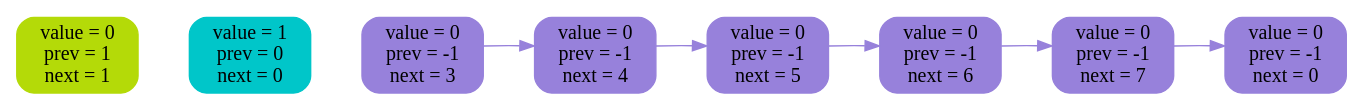
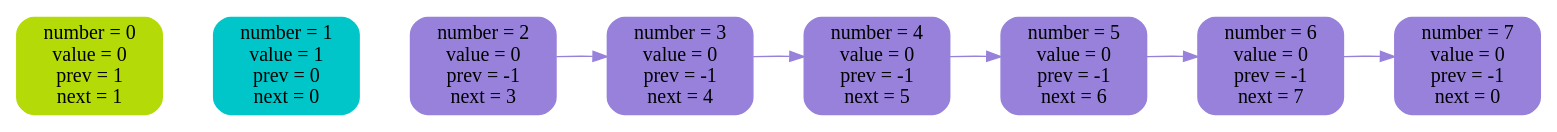
One commit to 2210223t-lang/2-linked-list changed the diagram in list_log/img/2.dot. Above: the diagram before and after it, drawn with Graphviz. The commit also changed 16 other files, not shown here.

```diff
--- a/list_log/img/2.dot
+++ b/list_log/img/2.dot
@@ -1,23 +1,23 @@
 digraph {
 rankdir = LR
-n0 [ label = "value = 0\nprev = 1\nnext = 1", shape = Mrecord, fontsize = 14,style = filled, color = "#b4da08" ]
-n1 [ label = "value = 1\nprev = 0\nnext = 0", shape = Mrecord, fontsize = 14,style = filled, color = "#00c6c9" ]
-n2 [ label = "value = 0\nprev = -1\nnext = 3", shape = Mrecord, fontsize = 14,style = filled, color = "#9781db" ]
-n3 [ label = "value = 0\nprev = -1\nnext = 4", shape = Mrecord, fontsize = 14,style = filled, color = "#9781db" ]
-n4 [ label = "value = 0\nprev = -1\nnext = 5", shape = Mrecord, fontsize = 14,style = filled, color = "#9781db" ]
-n5 [ label = "value = 0\nprev = -1\nnext = 6", shape = Mrecord, fontsize = 14,style = filled, color = "#9781db" ]
-n6 [ label = "value = 0\nprev = -1\nnext = 7", shape = Mrecord, fontsize = 14,style = filled, color = "#9781db" ]
-n7 [ label = "value = 0\nprev = -1\nnext = 0", shape = Mrecord, fontsize = 14,style = filled, color = "#9781db" ]
+n0 [ label = "number = 0\nvalue = 0\nprev = 1\nnext = 1", shape = Mrecord, fontsize = 14,style = filled, color = "#b4da08" ]
+n1 [ label = "number = 1\nvalue = 1\nprev = 0\nnext = 0", shape = Mrecord, fontsize = 14,style = filled, color = "#00c6c9" ]
+n2 [ label = "number = 2\nvalue = 0\nprev = -1\nnext = 3", shape = Mrecord, fontsize = 14,style = filled, color = "#9781db" ]
+n3 [ label = "number = 3\nvalue = 0\nprev = -1\nnext = 4", shape = Mrecord, fontsize = 14,style = filled, color = "#9781db" ]
+n4 [ label = "number = 4\nvalue = 0\nprev = -1\nnext = 5", shape = Mrecord, fontsize = 14,style = filled, color = "#9781db" ]
+n5 [ label = "number = 5\nvalue = 0\nprev = -1\nnext = 6", shape = Mrecord, fontsize = 14,style = filled, color = "#9781db" ]
+n6 [ label = "number = 6\nvalue = 0\nprev = -1\nnext = 7", shape = Mrecord, fontsize = 14,style = filled, color = "#9781db" ]
+n7 [ label = "number = 7\nvalue = 0\nprev = -1\nnext = 0", shape = Mrecord, fontsize = 14,style = filled, color = "#9781db" ]
 n0 -> n1 [ style = invis, weight = 100 ]
 n1 -> n2 [ style = invis, weight = 100 ]
 n2 -> n3 [ style = invis, weight = 100 ]
 n3 -> n4 [ style = invis, weight = 100 ]
 n4 -> n5 [ style = invis, weight = 100 ]
 n5 -> n6 [ style = invis, weight = 100 ]
 n6 -> n7 [ style = invis, weight = 100 ]
 n2 -> n3 [style = filled, color = "#9781db" ]
 n3 -> n4 [style = filled, color = "#9781db" ]
 n4 -> n5 [style = filled, color = "#9781db" ]
 n5 -> n6 [style = filled, color = "#9781db" ]
 n6 -> n7 [style = filled, color = "#9781db" ]
 }
```
